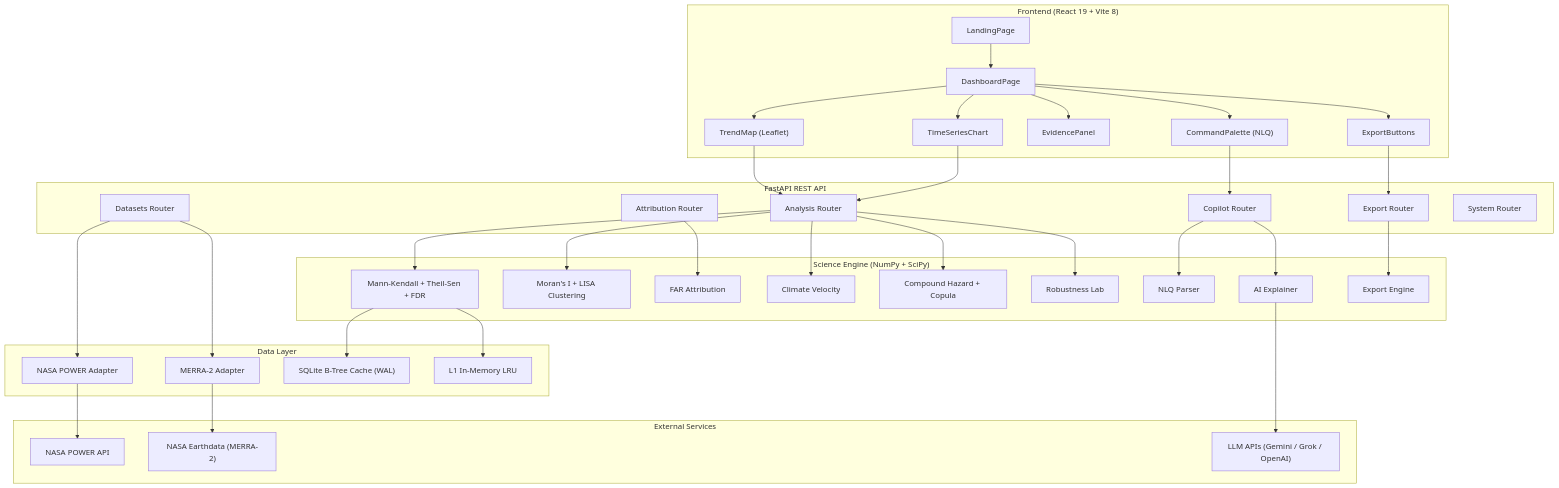
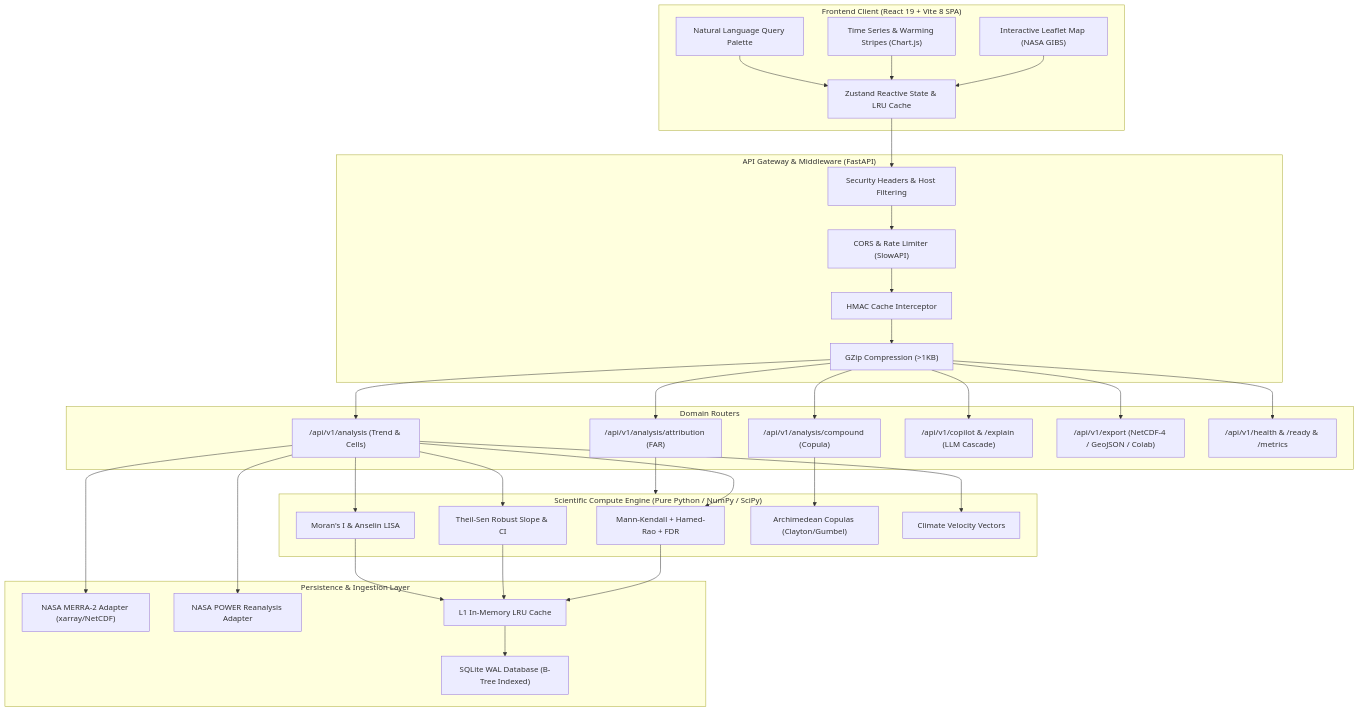
One commit to ShivamGawade-XS/NSC changed the diagram in README.md. Above: the diagram before and after it, drawn with Mermaid. The commit also changed other lines of this file and 4 other files, not shown here.

````diff
--- a/README.md
+++ b/README.md
@@ -88,64 +110,51 @@
 ```mermaid
 flowchart TD
-    subgraph Frontend["Frontend (React 19 + Vite 8)"]
-        LP["LandingPage"]
-        DP["DashboardPage"]
-        TM["TrendMap (Leaflet)"]
-        TSC["TimeSeriesChart"]
-        EP["EvidencePanel"]
-        CMD["CommandPalette (NLQ)"]
-        EXP["ExportButtons"]
+    subgraph Client["Frontend Client (React 19 + Vite 8 SPA)"]
+        UI_MAP["Interactive Leaflet Map (NASA GIBS)"]
+        UI_CHART["Time Series & Warming Stripes (Chart.js)"]
+        UI_NLQ["Natural Language Query Palette"]
+        UI_STORE["Zustand Reactive State & LRU Cache"]
     end
 
-    subgraph API["FastAPI REST API"]
-        AR["Analysis Router"]
-        DR["Datasets Router"]
-        CR["Copilot Router"]
-        ER["Export Router"]
-        ATR["Attribution Router"]
-        SR["System Router"]
+    subgraph Gateway["API Gateway & Middleware (FastAPI)"]
+        GW_SEC["Security Headers & Host Filtering"]
+        GW_CORS["CORS & Rate Limiter (SlowAPI)"]
+        GW_CACHE_CHECK["HMAC Cache Interceptor"]
+        GW_GZIP["GZip Compression (>1KB)"]
     end
 
-    subgraph Science["Science Engine (NumPy + SciPy)"]
-        MK["Mann-Kendall + Theil-Sen + FDR"]
-        LISA["Moran's I + LISA Clustering"]
-        ATTR["FAR Attribution"]
-        CV["Climate Velocity"]
-        CH["Compound Hazard + Copula"]
-        ROB["Robustness Lab"]
-        NLQ["NLQ Parser"]
-        EXPL["AI Explainer"]
-        EXPO["Export Engine"]
+    subgraph Routers["Domain Routers"]
+        R_ANALYSIS["/api/v1/analysis (Trend & Cells)"]
+        R_COMPOUND["/api/v1/analysis/compound (Copula)"]
+        R_ATTRIBUTION["/api/v1/analysis/attribution (FAR)"]
+        R_COPILOT["/api/v1/copilot & /explain (LLM Cascade)"]
+        R_EXPORT["/api/v1/export (NetCDF-4 / GeoJSON / Colab)"]
+        R_SYSTEM["/api/v1/health & /ready & /metrics"]
     end
 
-    subgraph Data["Data Layer"]
-        MERRA["MERRA-2 Adapter"]
-        POWER["NASA POWER Adapter"]
-        CACHE["SQLite B-Tree Cache (WAL)"]
-        LRU["L1 In-Memory LRU"]
+    subgraph Compute["Scientific Compute Engine (Pure Python / NumPy / SciPy)"]
+        SC_MK["Mann-Kendall + Hamed-Rao + FDR"]
+        SC_SEN["Theil-Sen Robust Slope & CI"]
+        SC_LISA["Moran's I & Anselin LISA"]
+        SC_COP["Archimedean Copulas (Clayton/Gumbel)"]
+        SC_VEL["Climate Velocity Vectors"]
     end
 
-    subgraph External["External Services"]
-        NASA_API["NASA POWER API"]
-        NASA_ED["NASA Earthdata (MERRA-2)"]
-        LLM["LLM APIs (Gemini / Grok / OpenAI)"]
+    subgraph Data["Persistence & Ingestion Layer"]
+        ADAPT_M2["NASA MERRA-2 Adapter (xarray/NetCDF)"]
+        ADAPT_POW["NASA POWER Reanalysis Adapter"]
+        L2_SQLITE["SQLite WAL Database (B-Tree Indexed)"]
+        L1_MEM["L1 In-Memory LRU Cache"]
     end
 
-    LP --> DP
-    DP --> TM & TSC & EP & CMD & EXP
-    TM --> AR
-    TSC --> AR
-    CMD --> CR
-    EXP --> ER
+    UI_MAP & UI_CHART & UI_NLQ --> UI_STORE
+    UI_STORE --> GW_SEC --> GW_CORS --> GW_CACHE_CHECK --> GW_GZIP
+    GW_GZIP --> R_ANALYSIS & R_COMPOUND & R_ATTRIBUTION & R_COPILOT & R_EXPORT & R_SYSTEM
 
-    AR --> MK & LISA & CV & CH & ROB
-    CR --> NLQ & EXPL
-    ER --> EXPO
-    ATR --> ATTR
-    DR --> MERRA & POWER
+    R_ANALYSIS --> SC_MK & SC_SEN & SC_LISA & SC_VEL
+    R_COMPOUND --> SC_COP
+    R_ATTRIBUTION --> Compute
 
-    MK --> CACHE & LRU
-    MERRA --> NASA_ED
-    POWER --> NASA_API
-    EXPL --> LLM
+    SC_MK & SC_SEN & SC_LISA --> L1_MEM --> L2_SQLITE
+    R_ANALYSIS --> ADAPT_M2 & ADAPT_POW
 ```
````
